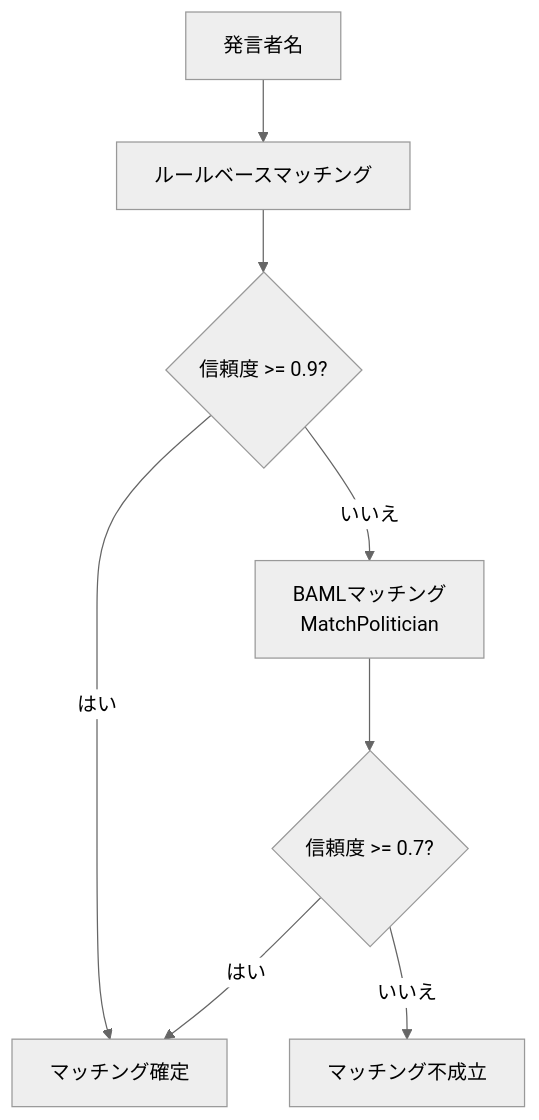
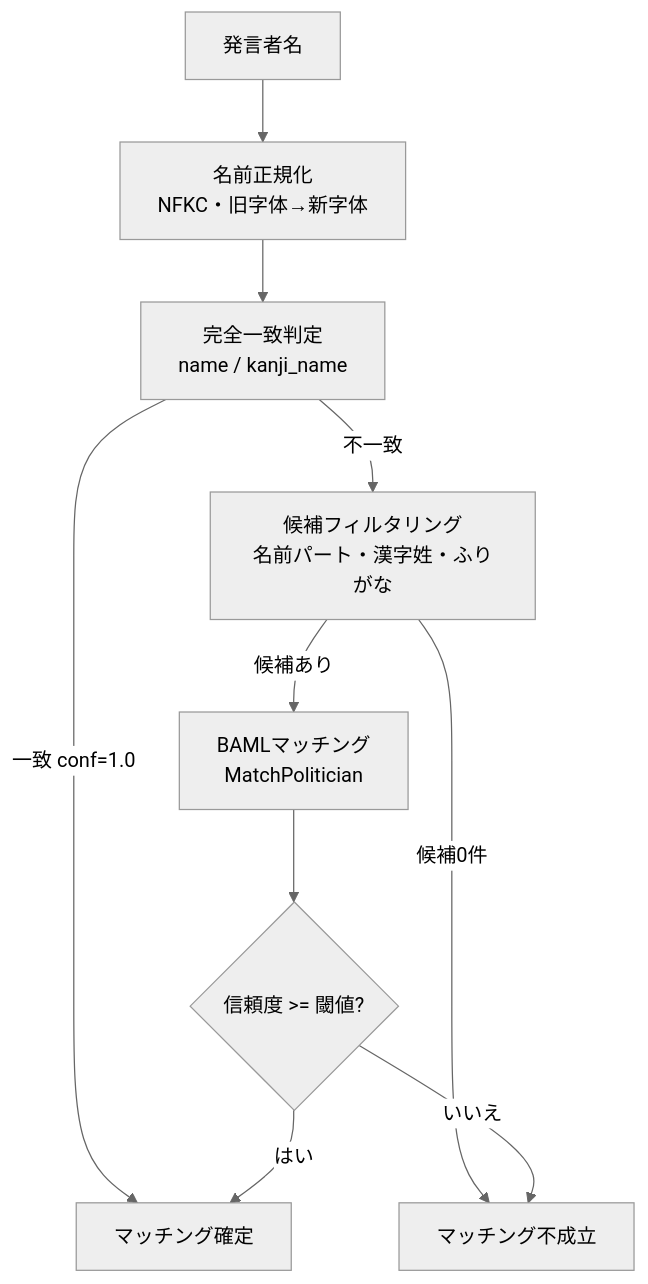
The first of 2 diagrams in docs/development/llm-processing/politician-matching.md (sage-base/corporation-docs), drawn with Mermaid (neutral theme) before and after one commit. The commit also changed other lines of this file and 4 other files, not shown here.

First line of the commit message:
PR #1302,#1311,#1312 反映: マッチング3段階化・kanji_name・GovernmentOfficial新設

````diff
--- a/docs/development/llm-processing/politician-matching.md
+++ b/docs/development/llm-processing/politician-matching.md
@@ -18,10 +18,12 @@
 ```mermaid
 graph TD
-    A[発言者名] --> B[ルールベースマッチング]
-    B --> C{信頼度 >= 0.9?}
-    C -->|はい| D[マッチング確定]
-    C -->|いいえ| E[BAMLマッチング<br/>MatchPolitician]
-    E --> F{信頼度 >= 0.7?}
-    F -->|はい| D
-    F -->|いいえ| G[マッチング不成立]
+    A[発言者名] --> B[名前正規化<br/>NFKC・旧字体→新字体]
+    B --> C[完全一致判定<br/>name / kanji_name]
+    C -->|一致 conf=1.0| D[マッチング確定]
+    C -->|不一致| E[候補フィルタリング<br/>名前パート・漢字姓・ふりがな]
+    E -->|候補0件| F[マッチング不成立]
+    E -->|候補あり| G[BAMLマッチング<br/>MatchPolitician]
+    G --> H{信頼度 >= 閾値?}
+    H -->|はい| D
+    H -->|いいえ| F
 ```
````
